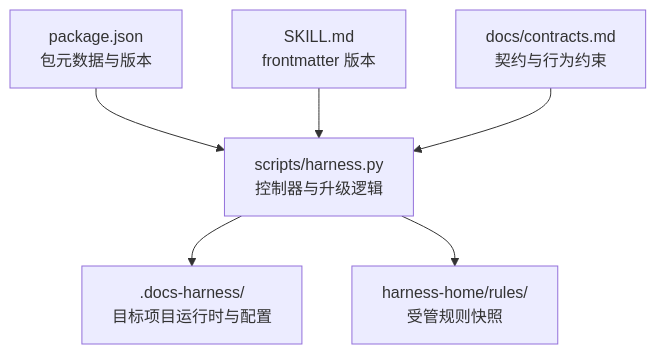
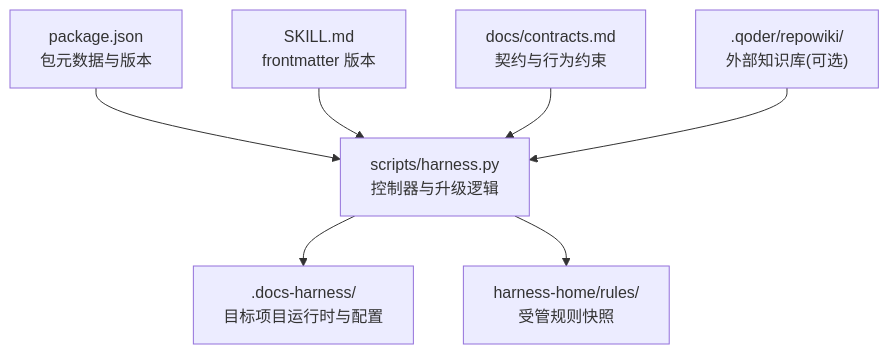
Before and after one commit to HackSing/docs-harness: the first of 4 diagrams in .qoder/repowiki/zh/content/高级主题/部署与运维/版本升级.md, drawn with Mermaid. The commit also changed other lines of this file and 20 other files, not shown here.

Commit message:
docs: sync .qoder repowiki knowledge base regeneration

````diff
--- a/.qoder/repowiki/zh/content/高级主题/部署与运维/版本升级.md
+++ b/.qoder/repowiki/zh/content/高级主题/部署与运维/版本升级.md
@@ -38,8 +47,9 @@
 ```mermaid
 graph TB
 A["scripts/harness.py<br/>控制器与升级逻辑"] --> B[".docs-harness/<br/>目标项目运行时与配置"]
 A --> C["harness-home/rules/<br/>受管规则快照"]
 D["package.json<br/>包元数据与版本"] --> A
 E["SKILL.md<br/>frontmatter 版本"] --> A
 F["docs/contracts.md<br/>契约与行为约束"] --> A
+G[".qoder/repowiki/<br/>外部知识库(可选)"] --> A
 ```
````
